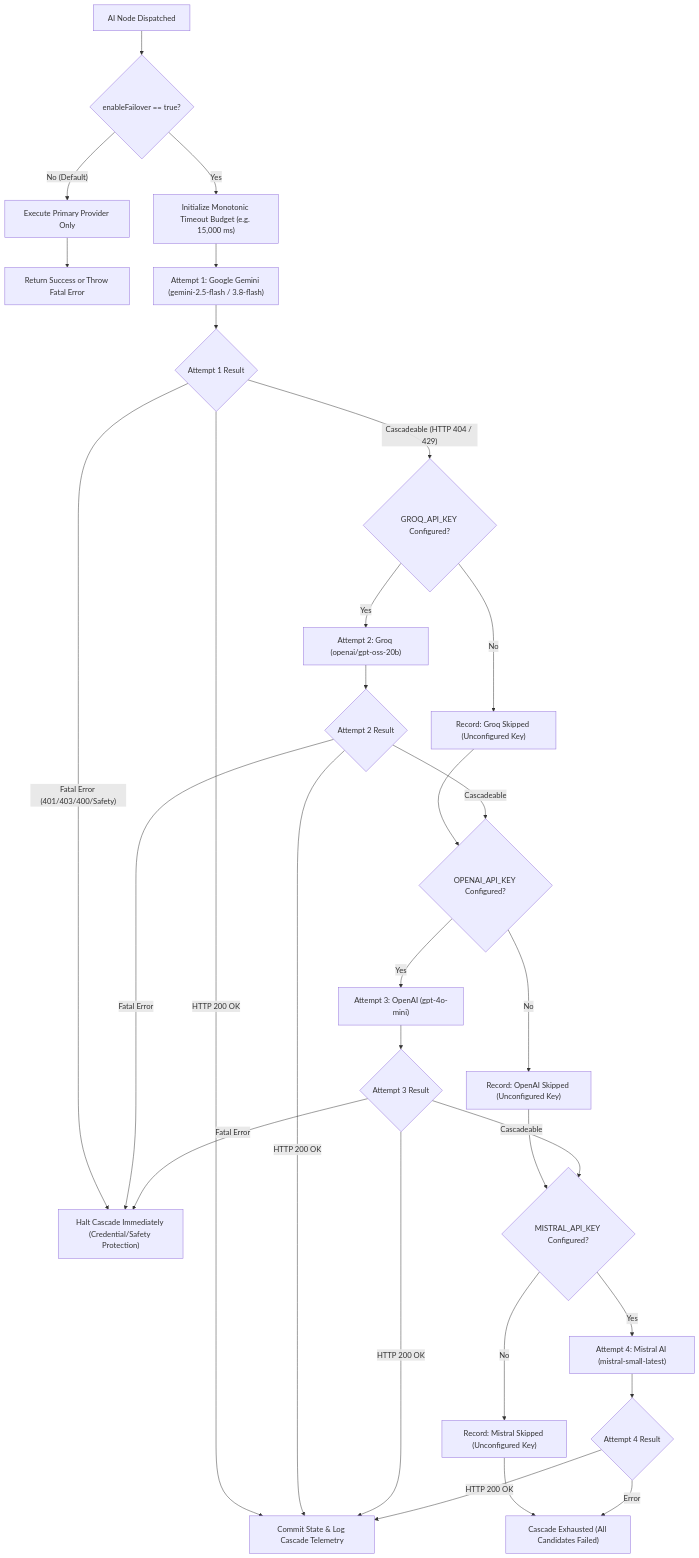
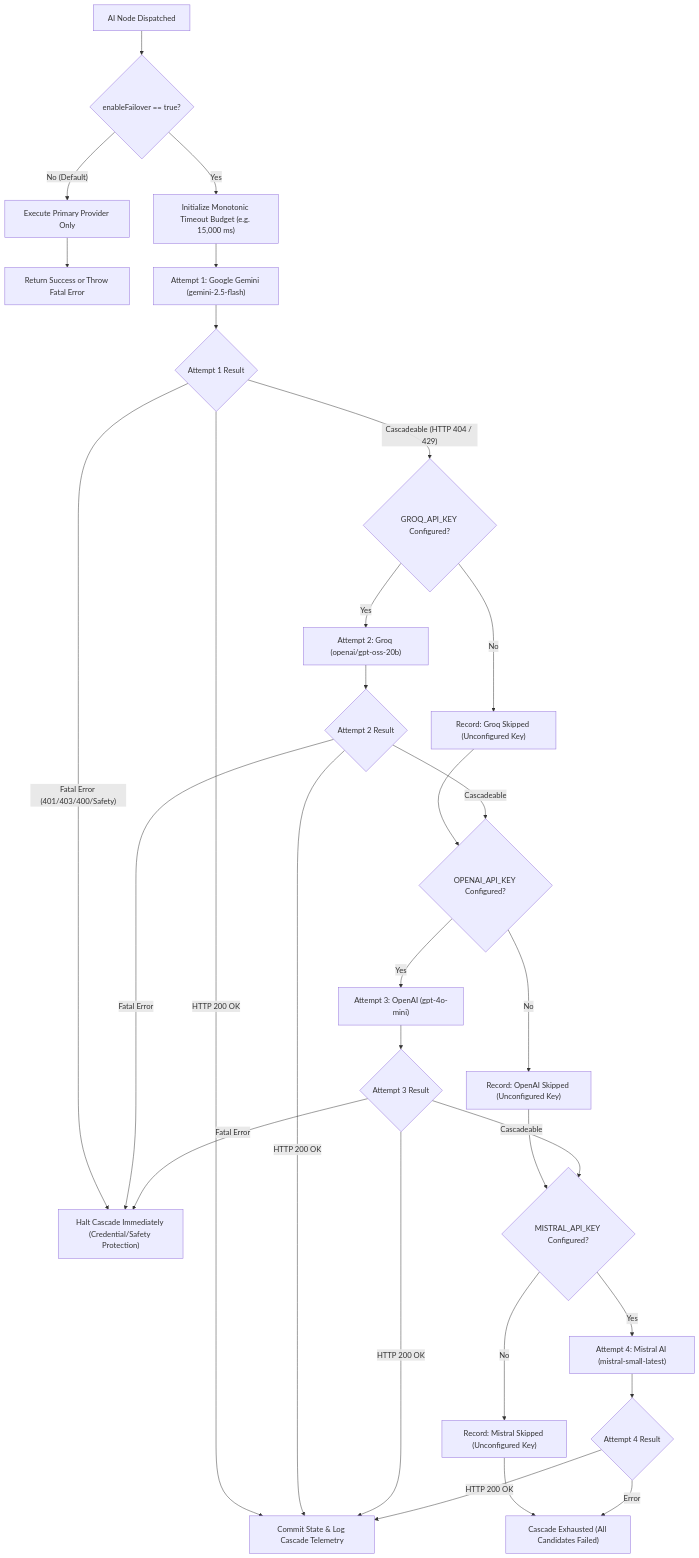
Before and after one commit to DivyanshuG23/flowforge-ai: the third of 6 diagrams in docs/ARCHITECTURE.md, drawn with Mermaid. The commit also changed other lines of this file and 10 other files, not shown here.

````diff
--- a/docs/ARCHITECTURE.md
+++ b/docs/ARCHITECTURE.md
@@ -142,38 +142,38 @@
 ```mermaid
 flowchart TD
     Start["AI Node Dispatched"] --> OptIn{"enableFailover == true?"}
     
     OptIn -- "No (Default)" --> Single["Execute Primary Provider Only"]
     Single --> SingleDone["Return Success or Throw Fatal Error"]
     
     OptIn -- "Yes" --> Init["Initialize Monotonic Timeout Budget (e.g. 15,000 ms)"]
-    Init --> P1["Attempt 1: Google Gemini (gemini-2.5-flash / 3.8-flash)"]
+    Init --> P1["Attempt 1: Google Gemini (gemini-2.5-flash)"]
     
     P1 --> Eval1{"Attempt 1 Result"}
     Eval1 -- "HTTP 200 OK" --> Success["Commit State & Log Cascade Telemetry"]
     Eval1 -- "Fatal Error (401/403/400/Safety)" --> Fatal["Halt Cascade Immediately (Credential/Safety Protection)"]
     Eval1 -- "Cascadeable (HTTP 404 / 429)" --> CheckP2{"GROQ_API_KEY Configured?"}
     
     CheckP2 -- "No" --> SkipP2["Record: Groq Skipped (Unconfigured Key)"] --> CheckP3{"OPENAI_API_KEY Configured?"}
     CheckP2 -- "Yes" --> P2["Attempt 2: Groq (openai/gpt-oss-20b)"]
     
     P2 --> Eval2{"Attempt 2 Result"}
     Eval2 -- "HTTP 200 OK" --> Success
     Eval2 -- "Fatal Error" --> Fatal
     Eval2 -- "Cascadeable" --> CheckP3
     
     CheckP3 -- "No" --> SkipP3["Record: OpenAI Skipped (Unconfigured Key)"] --> CheckP4{"MISTRAL_API_KEY Configured?"}
     CheckP3 -- "Yes" --> P3["Attempt 3: OpenAI (gpt-4o-mini)"]
     
     P3 --> Eval3{"Attempt 3 Result"}
     Eval3 -- "HTTP 200 OK" --> Success
     Eval3 -- "Fatal Error" --> Fatal
     Eval3 -- "Cascadeable" --> CheckP4
     
     CheckP4 -- "No" --> SkipP4["Record: Mistral Skipped (Unconfigured Key)"] --> Exhausted["Cascade Exhausted (All Candidates Failed)"]
     CheckP4 -- "Yes" --> P4["Attempt 4: Mistral AI (mistral-small-latest)"]
     
     P4 --> Eval4{"Attempt 4 Result"}
     Eval4 -- "HTTP 200 OK" --> Success
     Eval4 -- "Error" --> Exhausted
 ```
````
